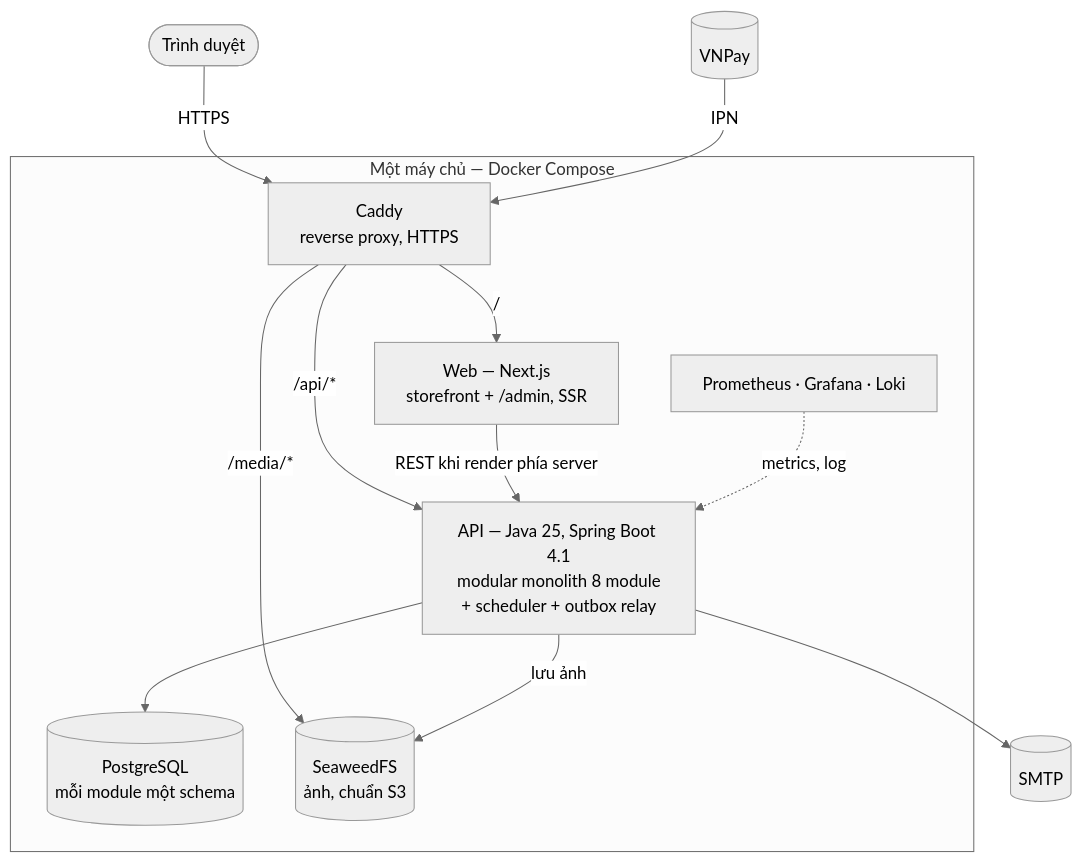
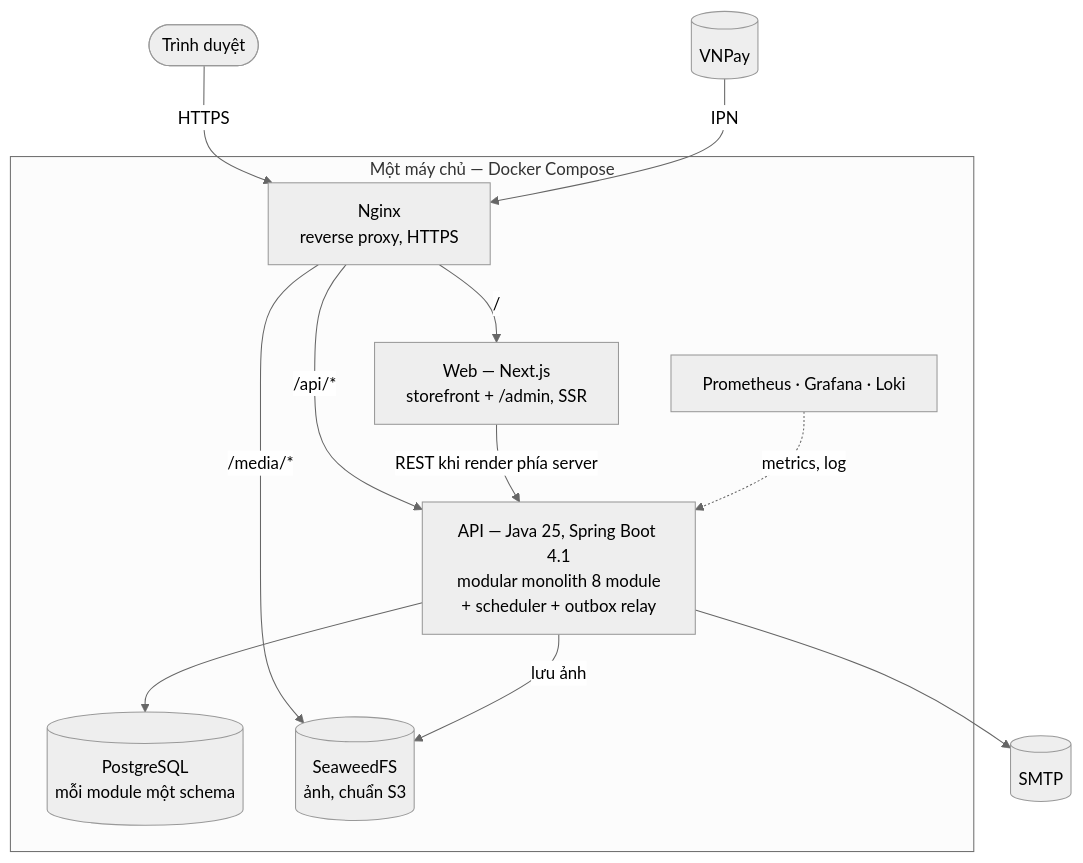
The second of 3 diagrams in docs/design/04-architecture/README.md (hungle123-dev/cadence), drawn with Mermaid (neutral theme) before and after one commit. The commit also changed other lines of this file and 13 other files, not shown here.

````diff
--- a/docs/design/04-architecture/README.md
+++ b/docs/design/04-architecture/README.md
@@ -34,25 +34,25 @@
 ```mermaid
 flowchart TB
   browser([Trình duyệt])
   vnpay[(VNPay)]
   subgraph host[Một máy chủ — Docker Compose]
-    proxy[Caddy<br/>reverse proxy, HTTPS]
+    proxy[Nginx<br/>reverse proxy, HTTPS]
     web[Web — Next.js<br/>storefront + /admin, SSR]
     api[API — Java 25, Spring Boot 4.1<br/>modular monolith 8 module<br/>+ scheduler + outbox relay]
     db[(PostgreSQL<br/>mỗi module một schema)]
     s3[(SeaweedFS<br/>ảnh, chuẩn S3)]
     obs[Prometheus · Grafana · Loki]
   end
   mail[(SMTP)]
 
   browser -->|HTTPS| proxy
   vnpay -->|IPN| proxy
   proxy -->|/| web
   proxy -->|/api/*| api
   proxy -->|/media/*| s3
   web -->|REST khi render phía server| api
   api --> db
   api -->|lưu ảnh| s3
   api --> mail
   obs -.->|metrics, log| api
 ```
````
